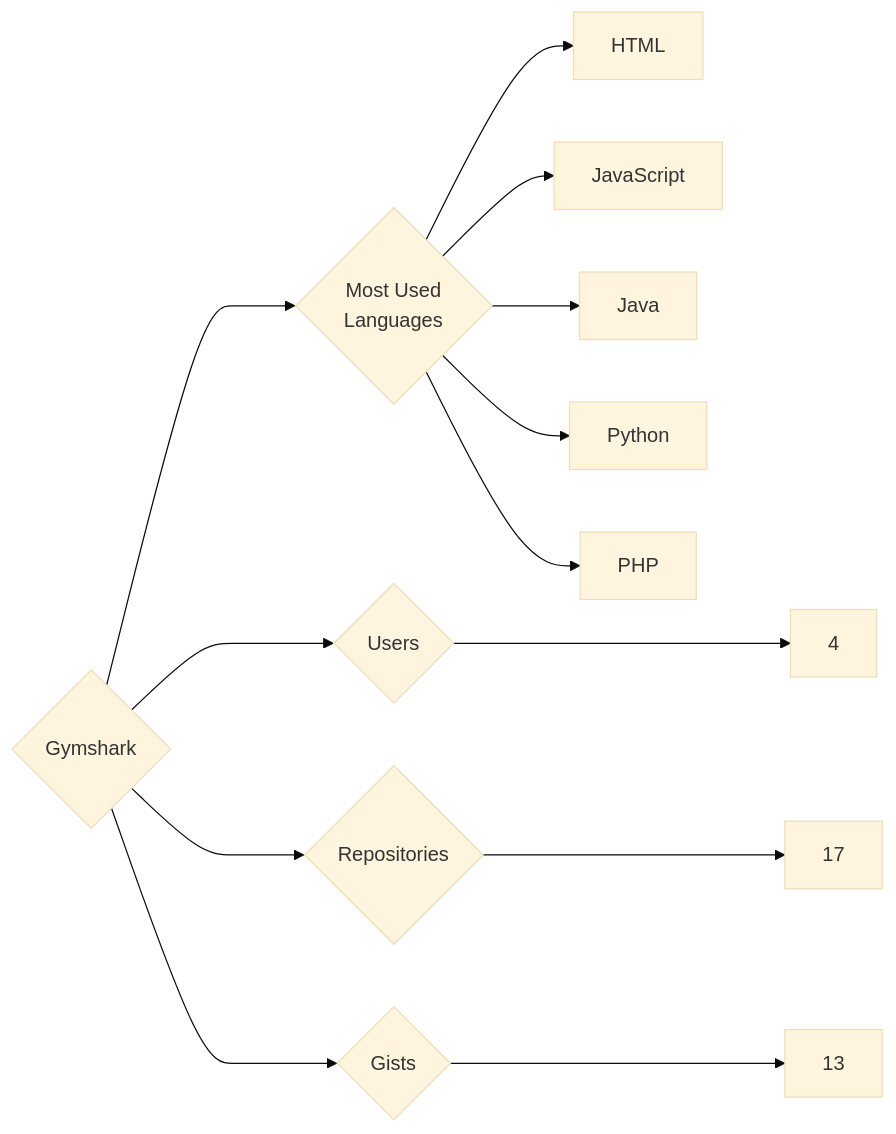
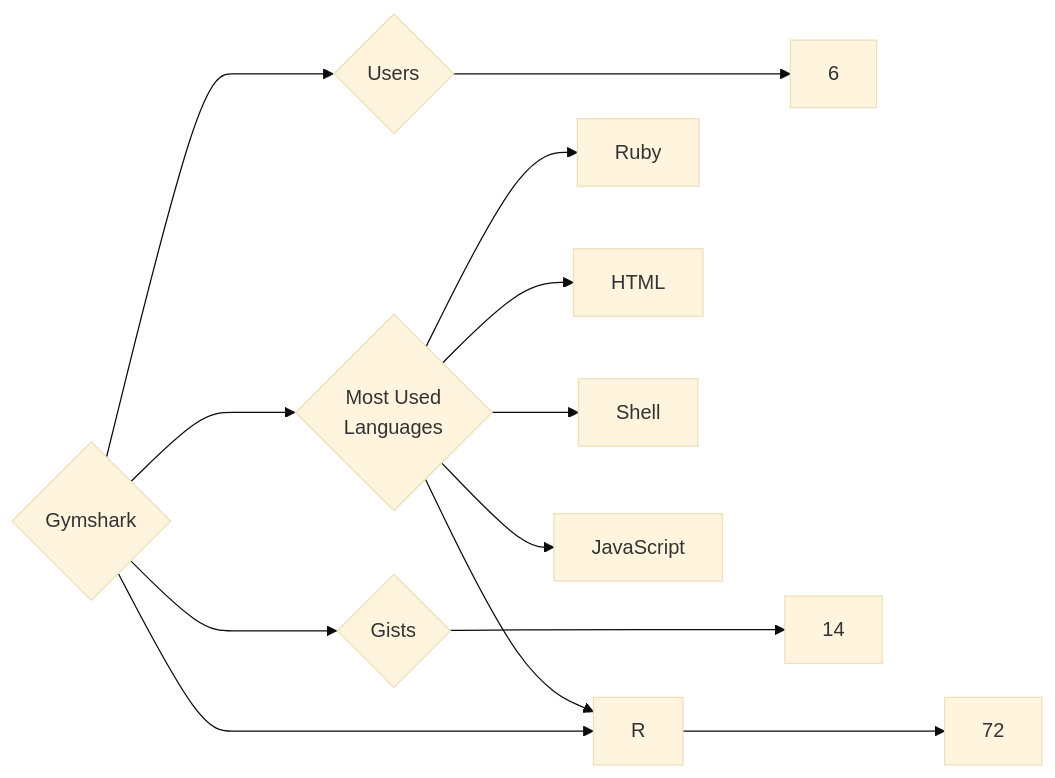
Before and after one commit to trickest/insiders: the diagram in targets/Gymshark/README.md, drawn with Mermaid (base theme). The commit also changed 1055 other files, not shown here.

````diff
--- a/targets/Gymshark/README.md
+++ b/targets/Gymshark/README.md
@@ -3,13 +3,13 @@
 ```mermaid
 graph LR
 COMPANY_NAME{Gymshark}
-COMPANY_NAME ---> U{Users} ---> UN[4]
-COMPANY_NAME ---> R{Repositories} ---> RN[17]
-COMPANY_NAME ---> G{Gists} ---> GN[13]
+COMPANY_NAME ---> U{Users} ---> UN[6]
+COMPANY_NAME ---> R{Repositories} ---> RN[72]
+COMPANY_NAME ---> G{Gists} ---> GN[14]
 COMPANY_NAME ---> ML{Most Used<br>Languages}
+ML --> Ruby[Ruby]
 ML --> HTML[HTML]
+ML --> Shell[Shell]
 ML --> JavaScript[JavaScript]
-ML --> Java[Java]
-ML --> Python[Python]
-ML --> PHP[PHP]
+ML --> R[R]
 ```
````
